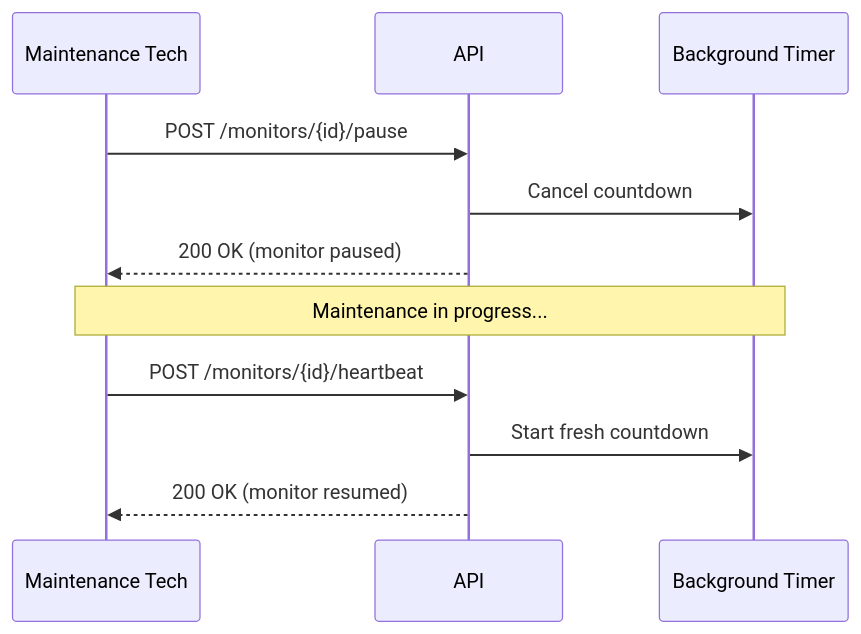
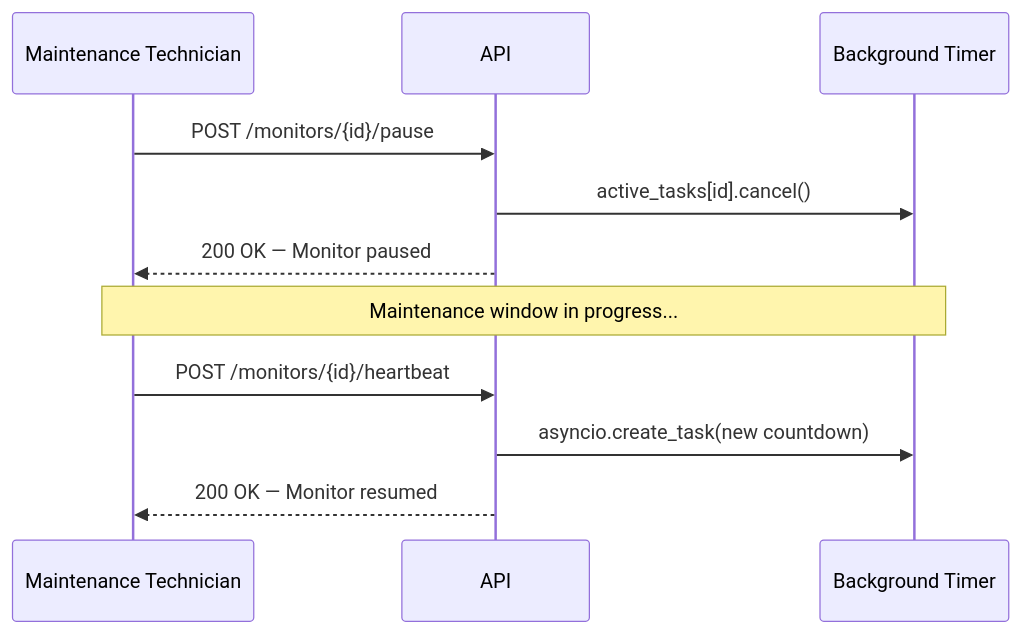
The third of 4 diagrams in README.md (mhiskall282/Pulse-Check-API), drawn with Mermaid before and after one commit. The commit also changed other lines of this file, not shown here.

First line of the commit message:
docs: comprehensive README with architecture, engineering decisions and production roadmap

````diff
--- a/README.md
+++ b/README.md
@@ -66,16 +124,16 @@
 ```mermaid
 sequenceDiagram
-    participant Tech as Maintenance Tech
+    participant Tech as Maintenance Technician
     participant API
     participant Timer as Background Timer
 
     Tech->>API: POST /monitors/{id}/pause
-    API->>Timer: Cancel countdown
-    API-->>Tech: 200 OK (monitor paused)
+    API->>Timer: active_tasks[id].cancel()
+    API-->>Tech: 200 OK — Monitor paused
 
-    Note over Tech,Timer: Maintenance in progress...
+    Note over Tech,Timer: Maintenance window in progress...
 
     Tech->>API: POST /monitors/{id}/heartbeat
-    API->>Timer: Start fresh countdown
-    API-->>Tech: 200 OK (monitor resumed)
+    API->>Timer: asyncio.create_task(new countdown)
+    API-->>Tech: 200 OK — Monitor resumed
 ```
````
